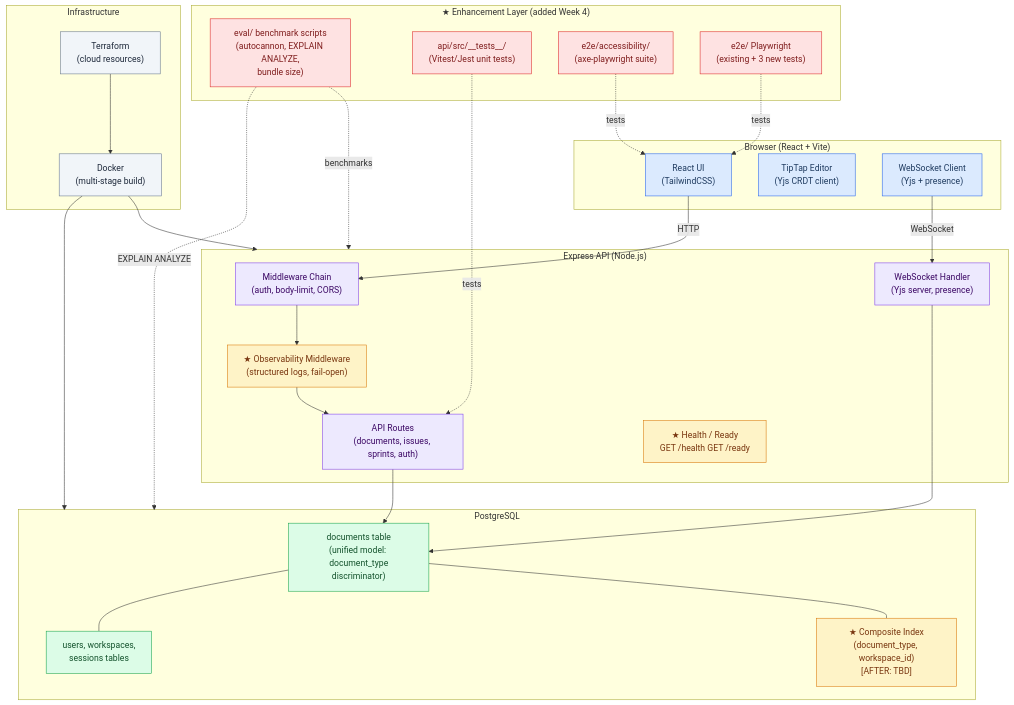
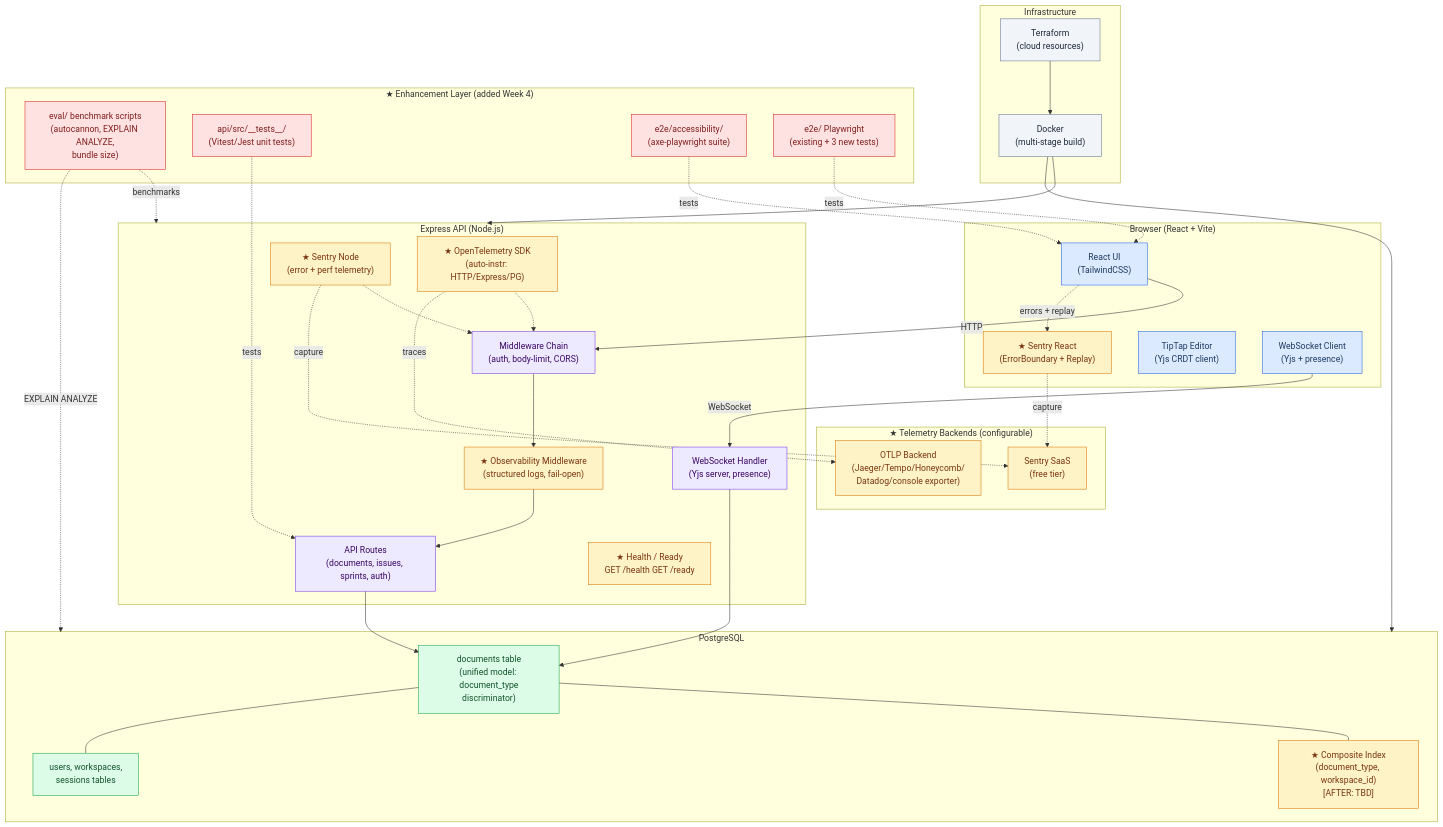
The diagram in docs/ARCHITECTURE-draft.md (jaynyasg/Week4), drawn with Mermaid before and after one commit. The commit also changed other lines of this file and 1 other file, not shown here.

````diff
--- a/docs/ARCHITECTURE-draft.md
+++ b/docs/ARCHITECTURE-draft.md
@@ -32,67 +32,81 @@
 ```mermaid
 flowchart TB
     classDef browser fill:#DBEAFE,stroke:#2563EB,color:#1E3A5F
     classDef api fill:#EDE9FE,stroke:#7C3AED,color:#3B0764
     classDef db fill:#DCFCE7,stroke:#16A34A,color:#14532D
     classDef infra fill:#F1F5F9,stroke:#64748B,color:#1E293B
     classDef new fill:#FEF3C7,stroke:#D97706,color:#78350F
     classDef test fill:#FEE2E2,stroke:#DC2626,color:#7F1D1D
 
     subgraph Browser["Browser (React + Vite)"]
         UI["React UI\n(TailwindCSS)"]
+        SENTRY_WEB["★ Sentry React\n(ErrorBoundary + Replay)"]
         EDITOR["TipTap Editor\n(Yjs CRDT client)"]
         WS_CLIENT["WebSocket Client\n(Yjs + presence)"]
     end
 
     subgraph API["Express API (Node.js)"]
+        OTEL["★ OpenTelemetry SDK\n(auto-instr: HTTP/Express/PG)"]
+        SENTRY_API["★ Sentry Node\n(error + perf telemetry)"]
         MW["Middleware Chain\n(auth, body-limit, CORS)"]
         OBS["★ Observability Middleware\n(structured logs, fail-open)"]
         ROUTES["API Routes\n(documents, issues, sprints, auth)"]
         HEALTH["★ Health / Ready\nGET /health  GET /ready"]
         COLLAB["WebSocket Handler\n(Yjs server, presence)"]
+    end
+
+    subgraph Telemetry["★ Telemetry Backends (configurable)"]
+        SENTRY_SAAS["Sentry SaaS\n(free tier)"]
+        OTLP["OTLP Backend\n(Jaeger/Tempo/Honeycomb/\nDatadog/console exporter)"]
     end
 
     subgraph DB["PostgreSQL"]
         DOC_TABLE["documents table\n(unified model: document_type\ndiscriminator)"]
         IDX["★ Composite Index\n(document_type, workspace_id)\n[AFTER: TBD]"]
         OTHER["users, workspaces,\nsessions tables"]
     end
 
     subgraph Infra["Infrastructure"]
         DOCKER["Docker\n(multi-stage build)"]
         TF["Terraform\n(cloud resources)"]
     end
 
     subgraph Enhancement["★ Enhancement Layer (added Week 4)"]
         BENCH["eval/ benchmark scripts\n(autocannon, EXPLAIN ANALYZE,\nbundle size)"]
         UNIT["api/src/__tests__/\n(Vitest/Jest unit tests)"]
         A11Y["e2e/accessibility/\n(axe-playwright suite)"]
         E2E["e2e/ Playwright\n(existing + 3 new tests)"]
     end
 
     UI -->|HTTP| MW
+    UI -.->|errors + replay| SENTRY_WEB
+    SENTRY_WEB -.->|capture| SENTRY_SAAS
     WS_CLIENT -->|WebSocket| COLLAB
+    OTEL -.-> MW
+    SENTRY_API -.-> MW
     MW --> OBS
     OBS --> ROUTES
     ROUTES --> DOC_TABLE
+    SENTRY_API -.->|capture| SENTRY_SAAS
+    OTEL -.->|traces| OTLP
     DOC_TABLE --- IDX
     DOC_TABLE --- OTHER
     COLLAB --> DOC_TABLE
     DOCKER --> API
     DOCKER --> DB
     TF --> DOCKER
 
     BENCH -.->|benchmarks| API
     BENCH -.->|EXPLAIN ANALYZE| DB
     UNIT -.->|tests| ROUTES
     A11Y -.->|tests| UI
     E2E -.->|tests| UI
 
     class UI,EDITOR,WS_CLIENT browser
     class MW,ROUTES,COLLAB api
-    class OBS,HEALTH new
+    class OBS,HEALTH,SENTRY_WEB,SENTRY_API,OTEL,SENTRY_SAAS,OTLP new
     class DOC_TABLE,OTHER db
     class IDX new
     class DOCKER,TF infra
     class BENCH,UNIT,A11Y,E2E test
 ```
````
